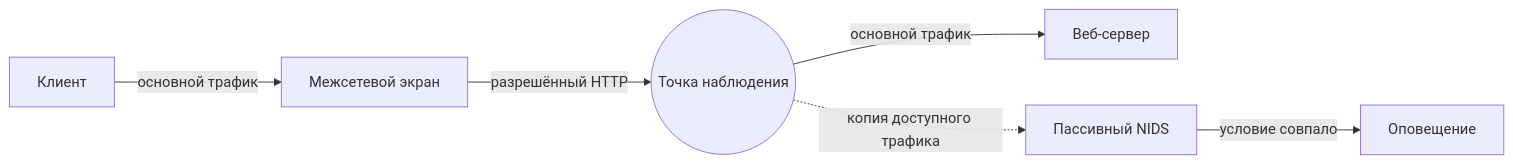
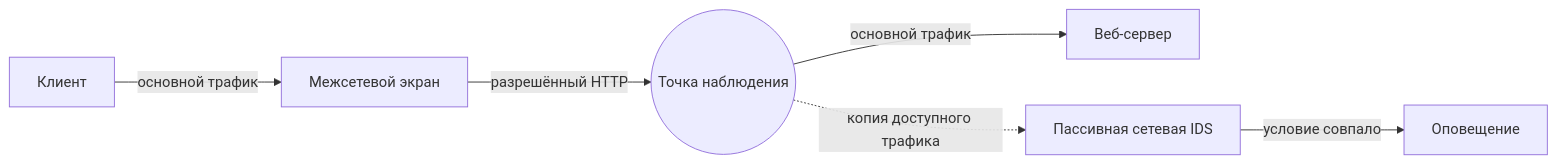
The third of 4 diagrams in docs/course/01-intro.md (11ndra/spvo), drawn with Mermaid before and after one commit. The commit also changed other lines of this file and 16 other files, not shown here.

````diff
--- a/docs/course/01-intro.md
+++ b/docs/course/01-intro.md
@@ -194,8 +196,8 @@
 ```mermaid
 flowchart LR
     C[Клиент] -->|основной трафик| F[Межсетевой экран]
     F -->|разрешённый HTTP| S((Точка наблюдения))
     S -->|основной трафик| W[Веб-сервер]
-    S -.->|копия доступного трафика| N[Пассивный NIDS]
+    S -.->|копия доступного трафика| N[Пассивная сетевая IDS]
     N -->|условие совпало| A[Оповещение]
 ```
````
